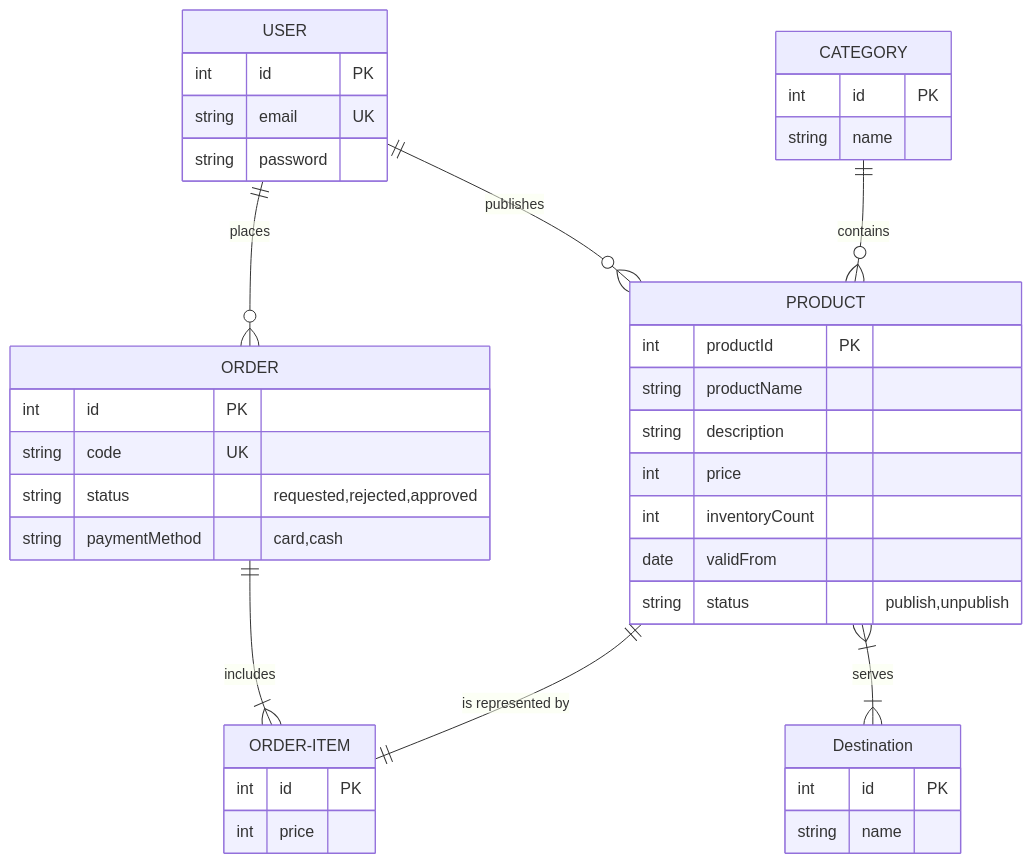
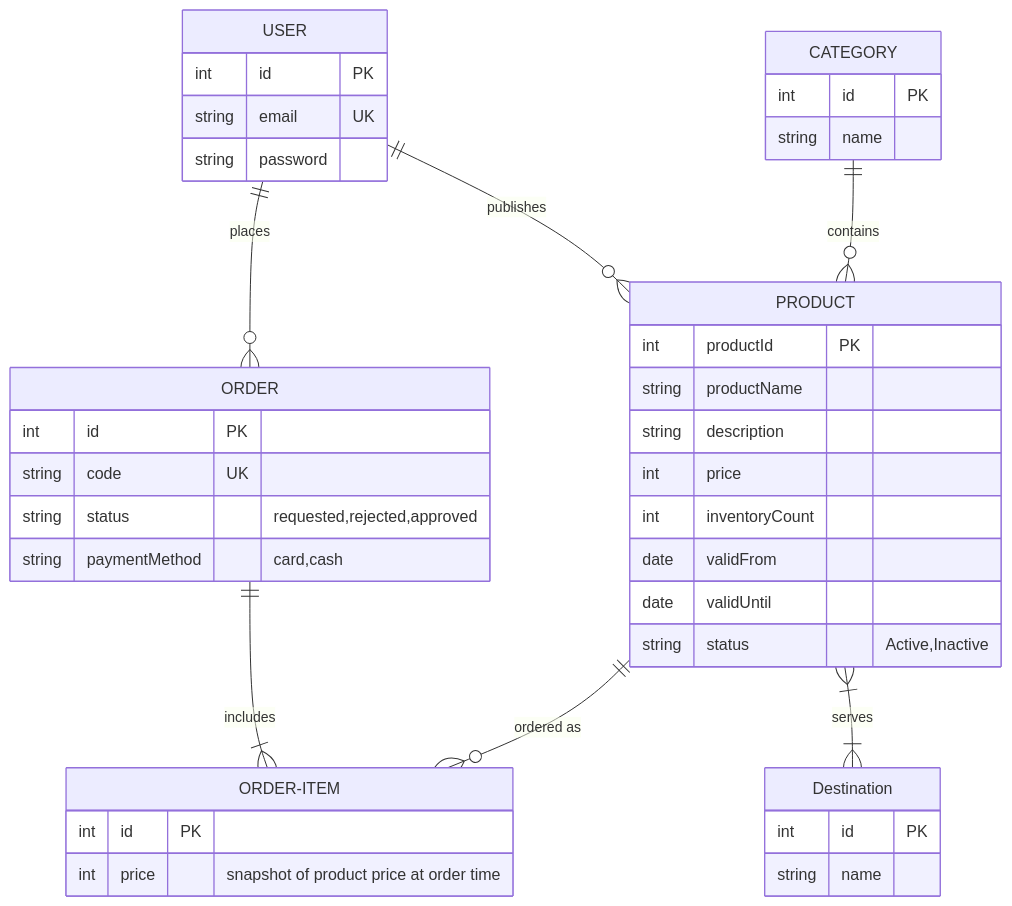
One commit to sudeshlak/ai_travel_product_management changed the diagram in backend/docs/er/er.mmd. Above: the diagram before and after it, drawn with Mermaid.

Commit message:
er diagram correction

```diff
--- a/backend/docs/er/er.mmd
+++ b/backend/docs/er/er.mmd
@@ -1,47 +1,48 @@
 erDiagram
     direction TB
 
     USER {
         int id PK
         string email UK
         string password
     }
 
     CATEGORY {
         int id PK
         string name
     }
 
     PRODUCT {
         int productId PK
         string productName
         string description
         int price
         int inventoryCount
         date validFrom
-        string status "publish,unpublish"
+        date validUntil
+        string status "Active,Inactive"
     }
 
     ORDER {
         int id PK
         string code UK
         string status "requested,rejected,approved"
         string paymentMethod "card,cash"
     }
 
     ORDER-ITEM {
         int id PK
-        int price
+        int price "snapshot of product price at order time"
     }
 
     Destination {
         int id PK
         string name
     }
 
     USER ||--o{ ORDER : places
     ORDER ||--|{ ORDER-ITEM : includes
     CATEGORY ||--o{ PRODUCT : contains
-    PRODUCT ||--|| ORDER-ITEM : "is represented by"
+    PRODUCT ||--o{ ORDER-ITEM : "ordered as"
     USER ||--o{ PRODUCT : publishes
     PRODUCT }|--|{ Destination : serves
```
